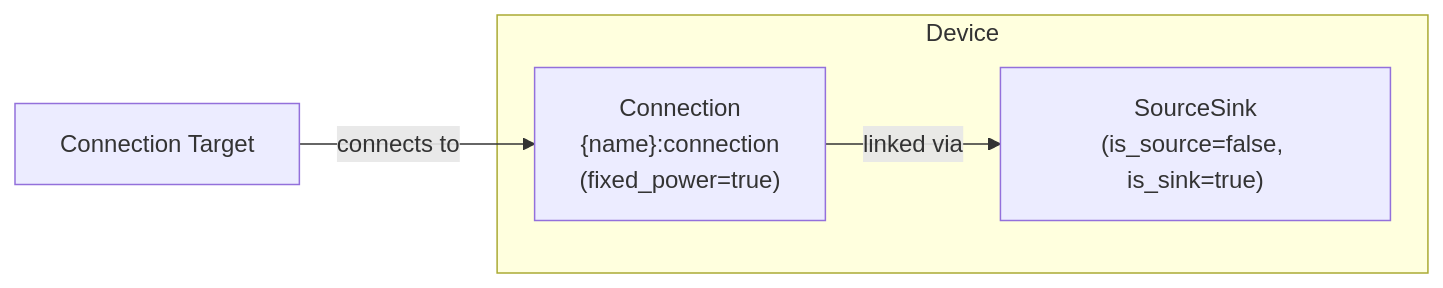
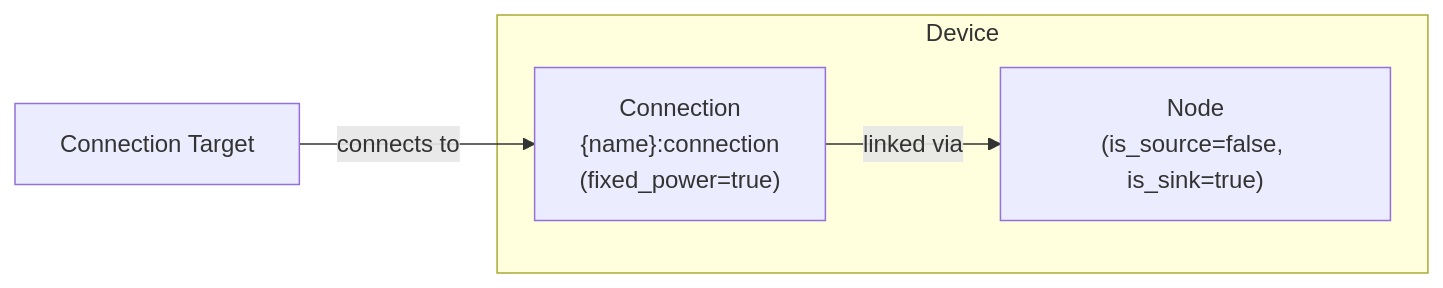
One commit to hass-energy/haeo changed the diagram in docs/modeling/device-layer/loads.md. Above: the diagram before and after it, drawn with Mermaid. The commit also changed other lines of this file and 18 other files, not shown here.

````diff
--- a/docs/modeling/device-layer/loads.md
+++ b/docs/modeling/device-layer/loads.md
@@ -7,13 +7,13 @@
 ```mermaid
 graph LR
     subgraph "Device"
-        SS["SourceSink<br/>(is_source=false, is_sink=true)"]
+        SS["Node<br/>(is_source=false, is_sink=true)"]
         Conn["Connection<br/>{name}:connection<br/>(fixed_power=true)"]
     end
 
     Node[Connection Target]
 
 
     Conn -->|linked via| SS
     Node -->|connects to| Conn
 ```
````
